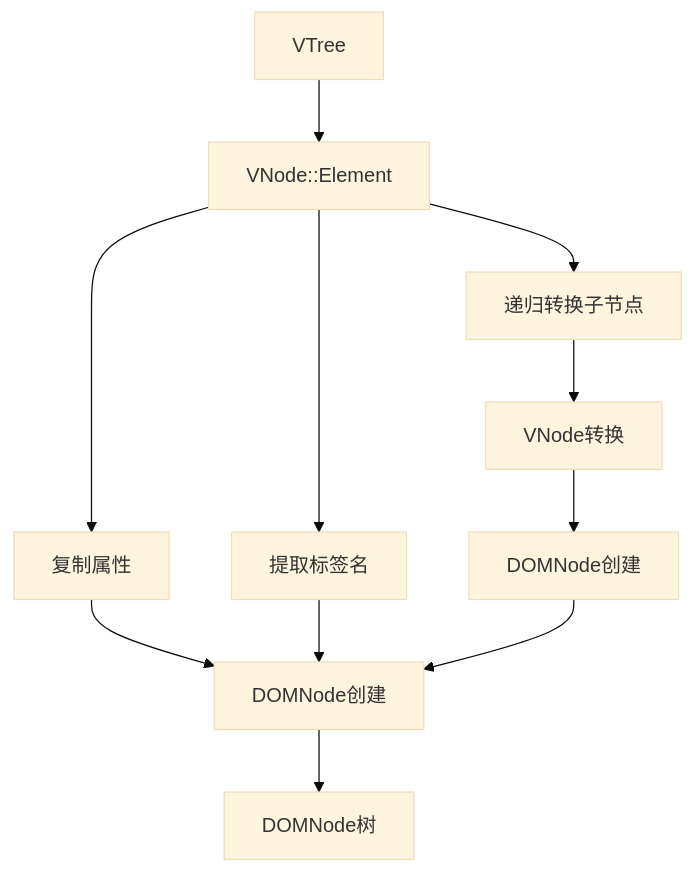
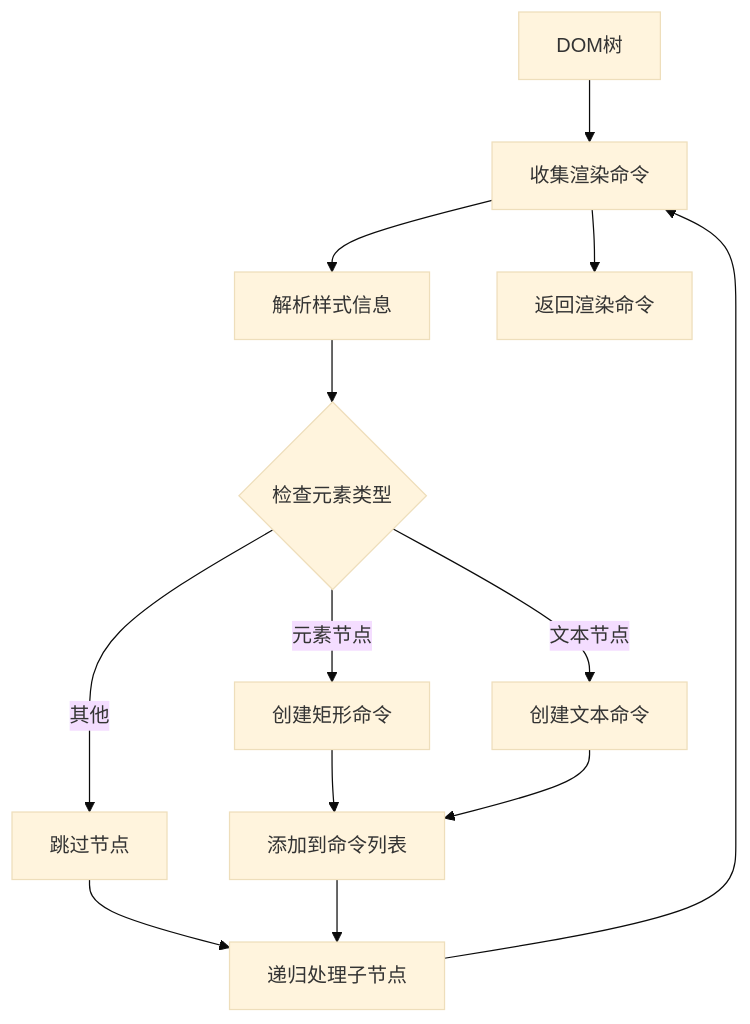
The tenth of 14 diagrams in .qoder/repowiki/zh/content/技术架构详解/整体架构设计/Iris运行时协调器.md (itszzl-sudo/iris), drawn with Mermaid (base theme) before and after one commit. The commit also changed other lines of this file and 6 other files, not shown here.

````diff
--- a/.qoder/repowiki/zh/content/技术架构详解/整体架构设计/Iris运行时协调器.md
+++ b/.qoder/repowiki/zh/content/技术架构详解/整体架构设计/Iris运行时协调器.md
@@ -573,13 +703,15 @@
 ```mermaid
 flowchart TD
-VTREE[VTree] --> ROOT[VNode::Element]
-ROOT --> TAG[提取标签名]
-ROOT --> ATTRS[复制属性]
-ROOT --> CHILDREN[递归转换子节点]
-CHILDREN --> CHILD_NODE[VNode转换]
-CHILD_NODE --> DOM_CHILD[DOMNode创建]
-ATTRS --> DOM_NODE[DOMNode创建]
-TAG --> DOM_NODE
-DOM_CHILD --> DOM_NODE
-DOM_NODE --> DOMTREE[DOMNode树]
+DOM_TREE[DOM树] --> COLLECT_COMMANDS[收集渲染命令]
+COLLECT_COMMANDS --> PARSE_STYLE[解析样式信息]
+PARSE_STYLE --> CHECK_ELEMENT{检查元素类型}
+CHECK_ELEMENT --> |元素节点| CREATE_RECT[创建矩形命令]
+CHECK_ELEMENT --> |文本节点| CREATE_TEXT[创建文本命令]
+CHECK_ELEMENT --> |其他| SKIP_NODE[跳过节点]
+CREATE_RECT --> ADD_COMMAND[添加到命令列表]
+CREATE_TEXT --> ADD_COMMAND
+SKIP_NODE --> RECURSE_CHILDREN[递归处理子节点]
+ADD_COMMAND --> RECURSE_CHILDREN
+RECURSE_CHILDREN --> COLLECT_COMMANDS
+COLLECT_COMMANDS --> RENDER_COMMANDS[返回渲染命令]
 ```
````
